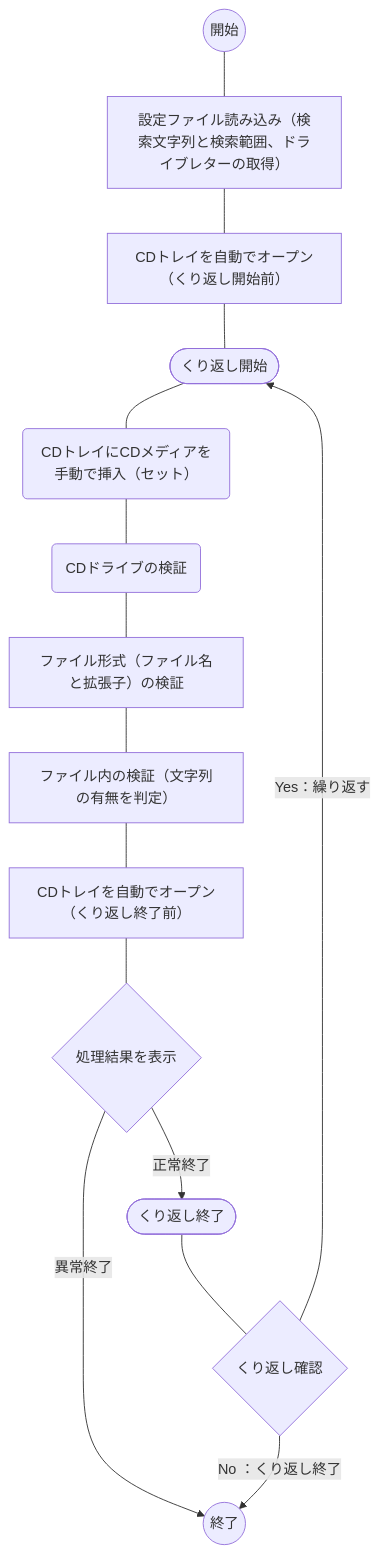
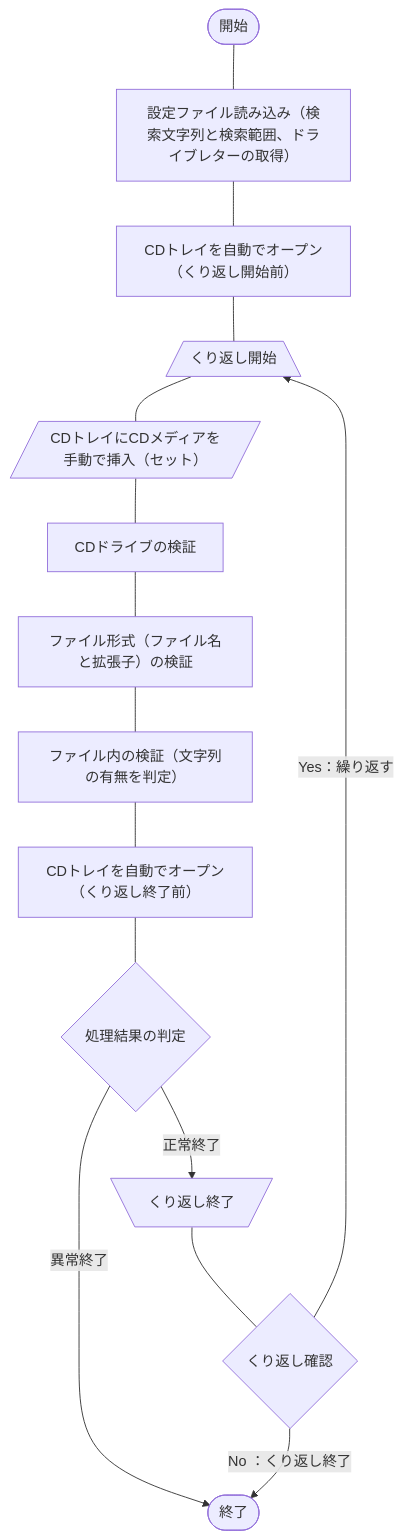
Before and after one commit to akiGAMEBOY/haretokidoki_zn: the diagram in articles/f1634c386ffc1d.md, drawn with Mermaid. The commit also changed other lines of this file and 3 other files, not shown here.

````diff
--- a/articles/f1634c386ffc1d.md
+++ b/articles/f1634c386ffc1d.md
@@ -45,17 +45,17 @@
 ```mermaid
 flowchart TB
-    A(("開始")) --- B["設定ファイル読み込み（検索文字列と検索範囲、ドライブレターの取得）"]
+    A(["開始"]) --- B["設定ファイル読み込み（検索文字列と検索範囲、ドライブレターの取得）"]
     B --- C["CDトレイを自動でオープン（くり返し開始前）"]
-    C --- D(["くり返し開始"])
-    D --- E("CDトレイにCDメディアを手動で挿入（セット）")
-    E --- F("CDドライブの検証")
+    C --- D[/"くり返し開始"\]
+    D --- E[/"CDトレイにCDメディアを手動で挿入（セット）"/]
+    E --- F["CDドライブの検証"]
     F --- G["ファイル形式（ファイル名と拡張子）の検証"]
     G --- H["ファイル内の検証（文字列の有無を判定）"]
     H --- I["CDトレイを自動でオープン（くり返し終了前）"]
-    I --- J{"処理結果を表示"}
-    J --> |"正常終了"| K(["くり返し終了"])
-    J --> |"異常終了"| M(("終了"))
+    I --- J{"処理結果の判定"}
+    J --> |"正常終了"| K[\"くり返し終了"/]
+    J --> |"異常終了"| M(["終了"])
     K --- L{"くり返し確認"}
     L --> |"Yes：繰り返す"| D
     L --> |"No ：くり返し終了"| M
 ```
````
